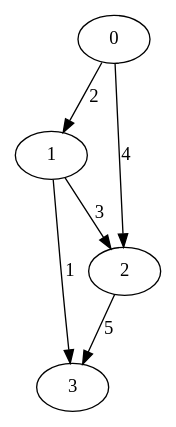
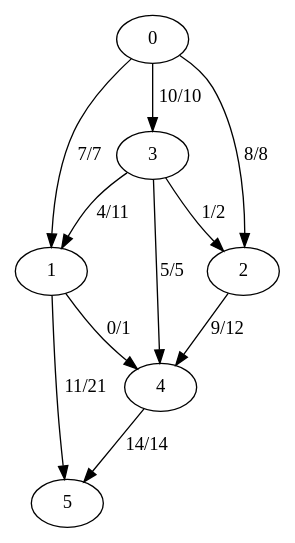
The diagram in graph.dot (IgenFlo/Projet_OCaml), drawn with Graphviz before and after one commit. The commit also changed 16 other files, not shown here.

```diff
--- a/graph.dot
+++ b/graph.dot
@@ -1,13 +1,20 @@
 Digraph {
  0
  1
  2
  3
+ 4
+ 5
 
- 1 -> 3 [label = "1"];
- 1 -> 2 [label = "3"];
- 2 -> 3 [label = "5"];
- 0 -> 2 [label = "4"];
- 0 -> 1 [label = "2"];
+ 0 -> 1 [label = "7/7"];
+ 0 -> 3 [label = "10/10"];
+ 0 -> 2 [label = "8/8"];
+ 1 -> 5 [label = "11/21"];
+ 1 -> 4 [label = "0/1"];
+ 3 -> 1 [label = "4/11"];
+ 3 -> 2 [label = "1/2"];
+ 3 -> 4 [label = "5/5"];
+ 2 -> 4 [label = "9/12"];
+ 4 -> 5 [label = "14/14"];
 
 }
```
